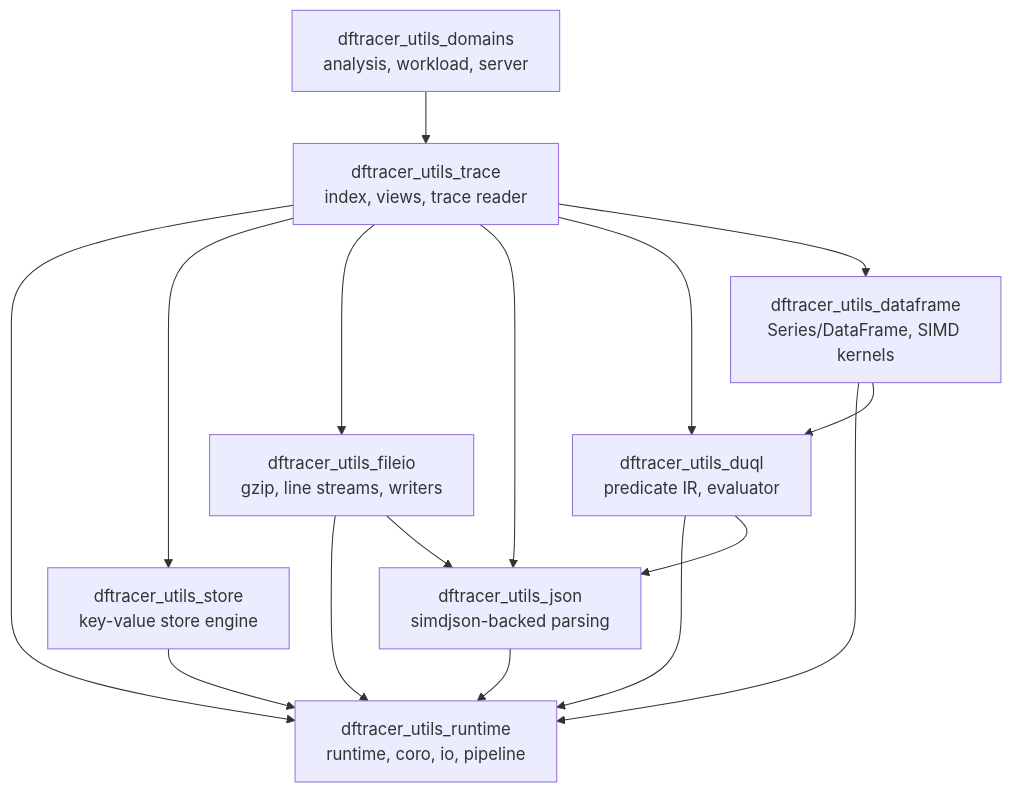
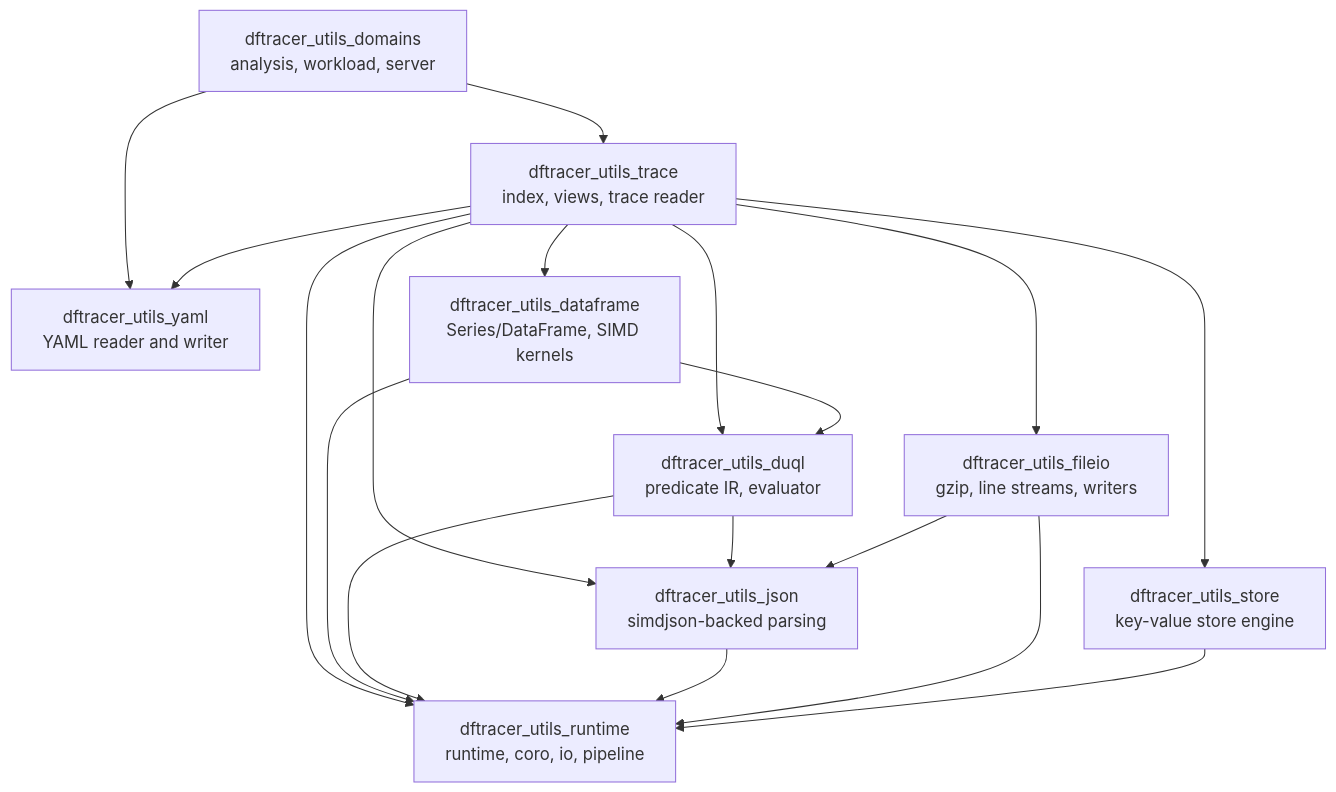
One commit to llnl-asr/dftracer-utils changed the first of 2 diagrams in docs/source/concepts/architecture.rst. Above: the diagram before and after it, drawn with Mermaid. The commit also changed other lines of this file and 30 other files, not shown here.

```diff
--- a/docs/source/concepts/architecture.rst
+++ b/docs/source/concepts/architecture.rst
@@ -55,26 +58,29 @@
 .. mermaid::
 
    graph TB
        Runtime["dftracer_utils_runtime<br/>runtime, coro, io, pipeline"]
        Store["dftracer_utils_store<br/>key-value store engine"]
        Io["dftracer_utils_fileio<br/>gzip, line streams, writers"]
        Json["dftracer_utils_json<br/>simdjson-backed parsing"]
+       Yaml["dftracer_utils_yaml<br/>YAML reader and writer"]
        Query["dftracer_utils_duql<br/>predicate IR, evaluator"]
        DF["dftracer_utils_dataframe<br/>Series/DataFrame, SIMD kernels"]
        Trace["dftracer_utils_trace<br/>index, views, trace reader"]
        Util["dftracer_utils_domains<br/>analysis, workload, server"]
        Store --> Runtime
        Io --> Runtime
        Io --> Json
        Json --> Runtime
        Query --> Runtime
        Query --> Json
        DF --> Runtime
        DF --> Query
        Trace --> Runtime
        Trace --> Store
        Trace --> Io
        Trace --> Json
+       Trace --> Yaml
        Trace --> Query
        Trace --> DF
        Util --> Trace
+       Util --> Yaml
```
